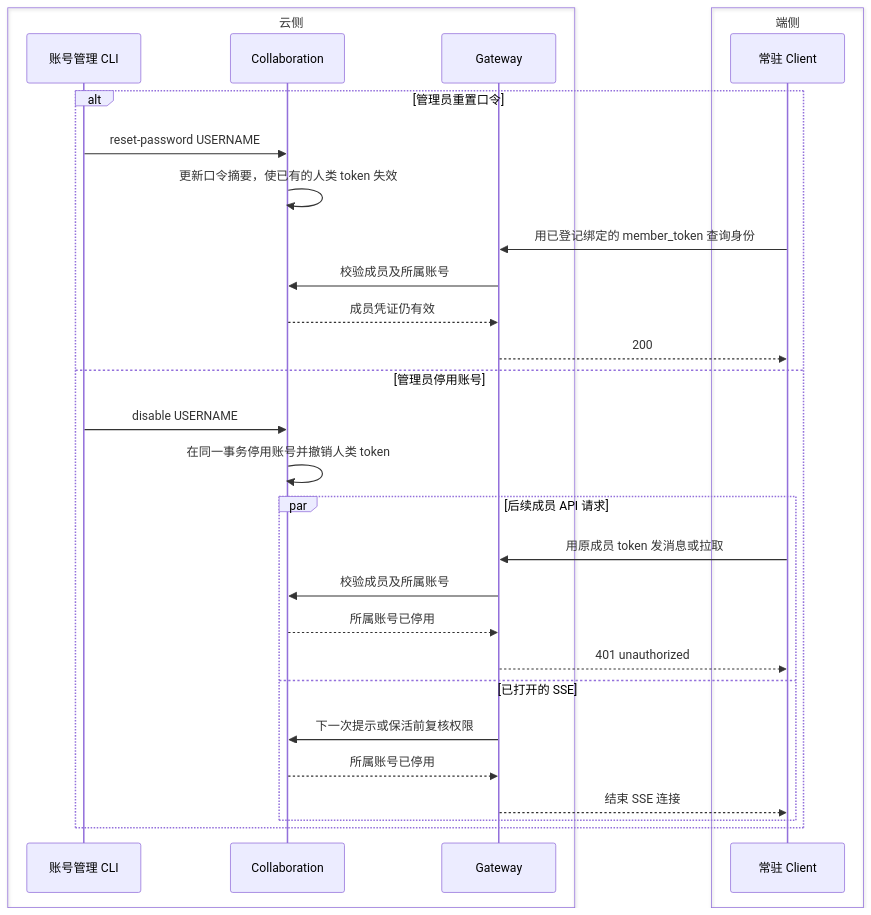
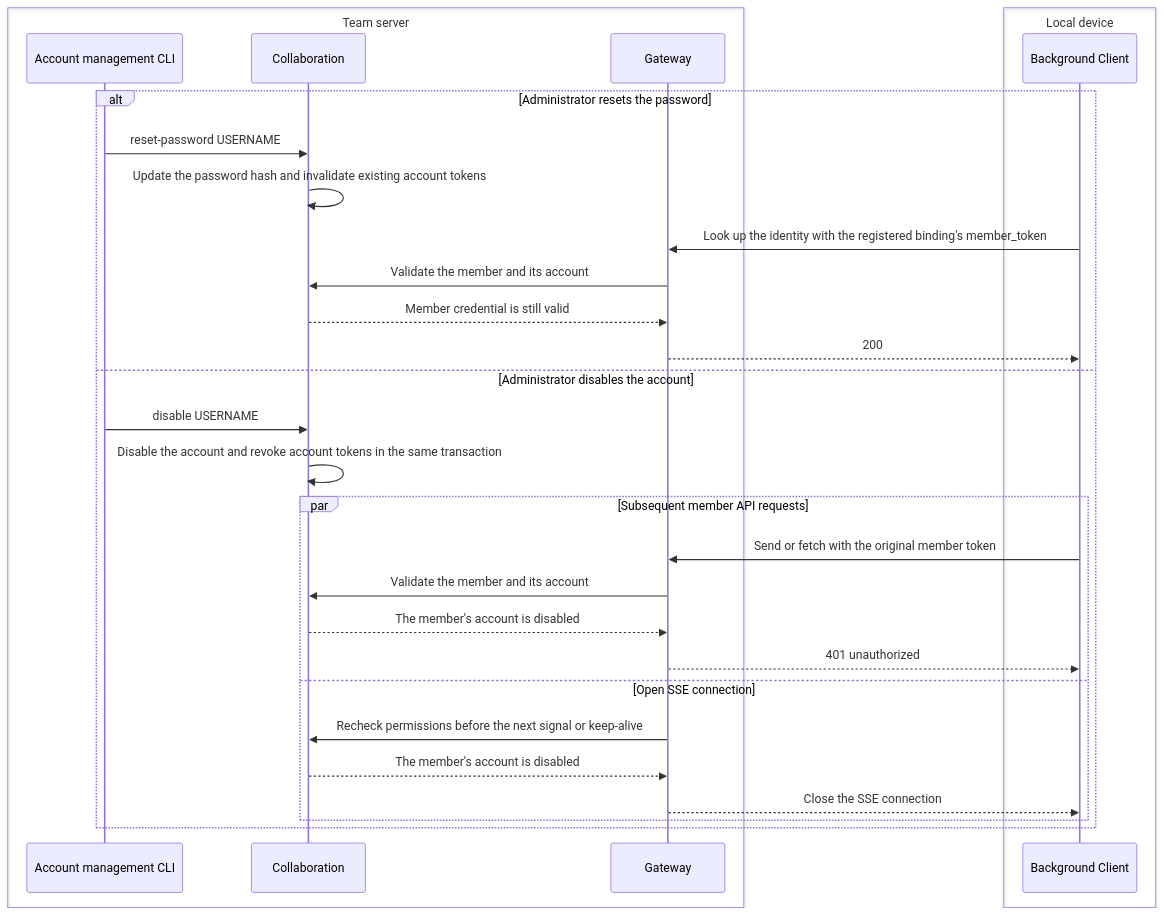
One commit to Jianyu010/TeamUp changed the fourth of 4 diagrams in docs/implementation/authentication/README.md. Above: the diagram before and after it, drawn with Mermaid. The commit also changed other lines of this file and 44 other files, not shown here.

````diff
--- a/docs/implementation/authentication/README.md
+++ b/docs/implementation/authentication/README.md
@@ -138,33 +138,33 @@
 ```mermaid
 sequenceDiagram
-    box transparent 云侧
-        participant Admin as 账号管理 CLI
+    box transparent Team server
+        participant Admin as Account management CLI
         participant S as Collaboration
         participant G as Gateway
     end
-    box transparent 端侧
-        participant C as 常驻 Client
+    box transparent Local device
+        participant C as Background Client
     end
 
-    alt 管理员重置口令
+    alt Administrator resets the password
         Admin->>S: reset-password USERNAME
-        S->>S: 更新口令摘要，使已有的人类 token 失效
-        C->>G: 用已登记绑定的 member_token 查询身份
-        G->>S: 校验成员及所属账号
-        S-->>G: 成员凭证仍有效
+        S->>S: Update the password hash and invalidate existing account tokens
+        C->>G: Look up the identity with the registered binding's member_token
+        G->>S: Validate the member and its account
+        S-->>G: Member credential is still valid
         G-->>C: 200
-    else 管理员停用账号
+    else Administrator disables the account
         Admin->>S: disable USERNAME
-        S->>S: 在同一事务停用账号并撤销人类 token
-        par 后续成员 API 请求
-            C->>G: 用原成员 token 发消息或拉取
-            G->>S: 校验成员及所属账号
-            S-->>G: 所属账号已停用
+        S->>S: Disable the account and revoke account tokens in the same transaction
+        par Subsequent member API requests
+            C->>G: Send or fetch with the original member token
+            G->>S: Validate the member and its account
+            S-->>G: The member's account is disabled
             G-->>C: 401 unauthorized
-        and 已打开的 SSE
-            G->>S: 下一次提示或保活前复核权限
-            S-->>G: 所属账号已停用
-            G-->>C: 结束 SSE 连接
+        and Open SSE connection
+            G->>S: Recheck permissions before the next signal or keep-alive
+            S-->>G: The member's account is disabled
+            G-->>C: Close the SSE connection
         end
     end
 ```
````
